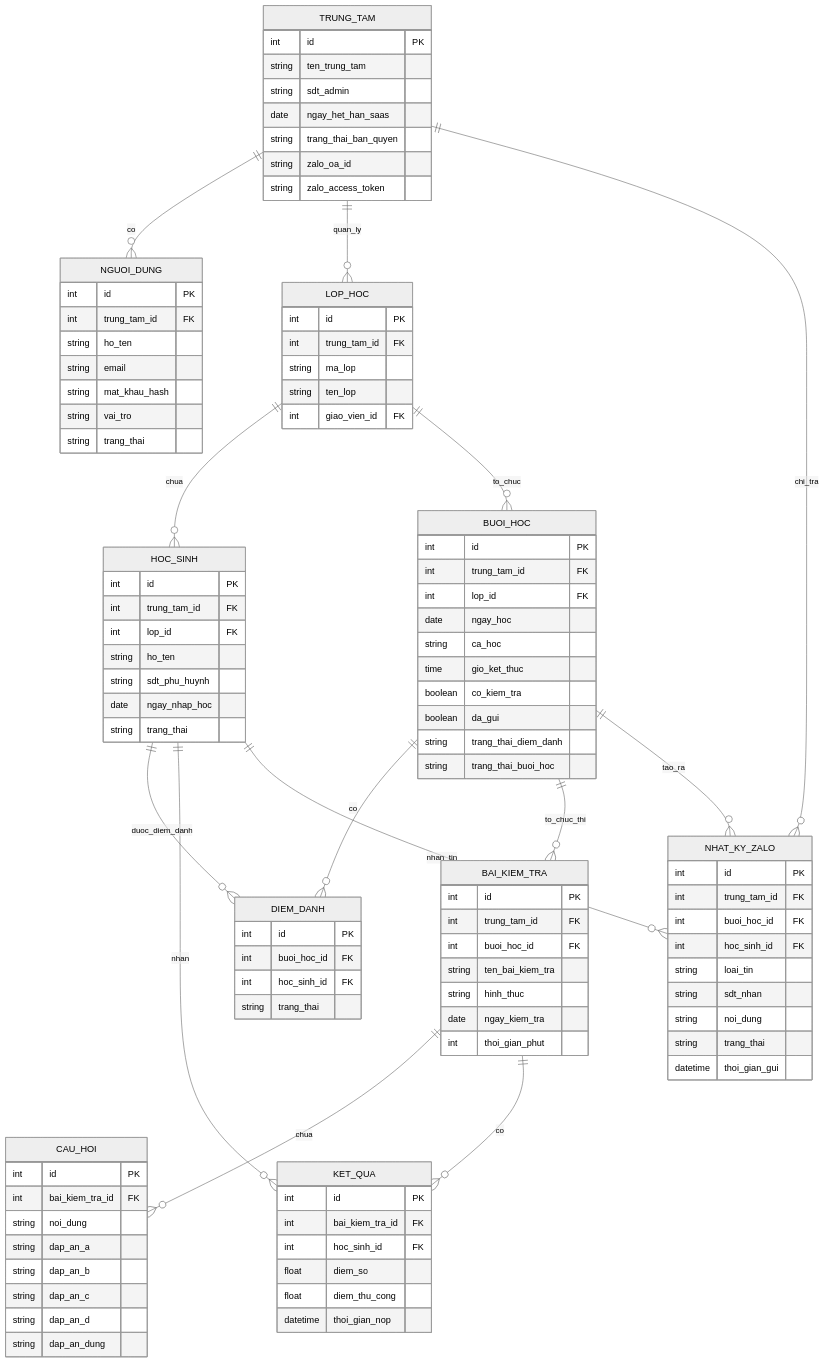
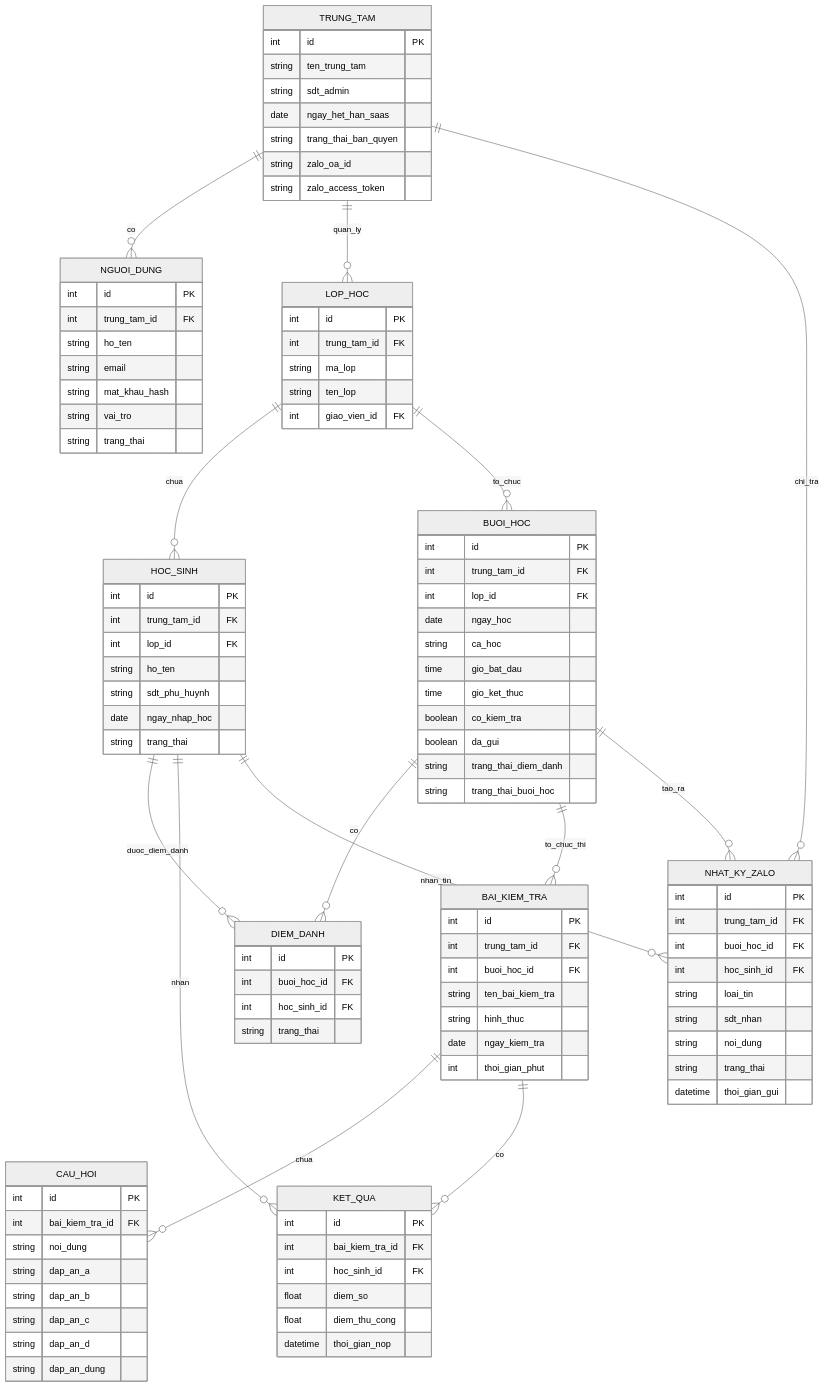
Before and after one commit to nguyng/English-Center-Management-Software: the second of 6 diagrams in SO_DO_HE_THONG.md, drawn with Mermaid (neutral theme). The commit also changed other lines of this file and 1 other file, not shown here.

Commit message:
fix(schema): add gio_bat_dau field to BuoiHoc in roadmap and system diagrams

```diff
--- a/SO_DO_HE_THONG.md
+++ b/SO_DO_HE_THONG.md
@@ -125,6 +125,7 @@
         int lop_id FK
         date ngay_hoc
         string ca_hoc
+        time gio_bat_dau
         time gio_ket_thuc
         boolean co_kiem_tra
         boolean da_gui
```
